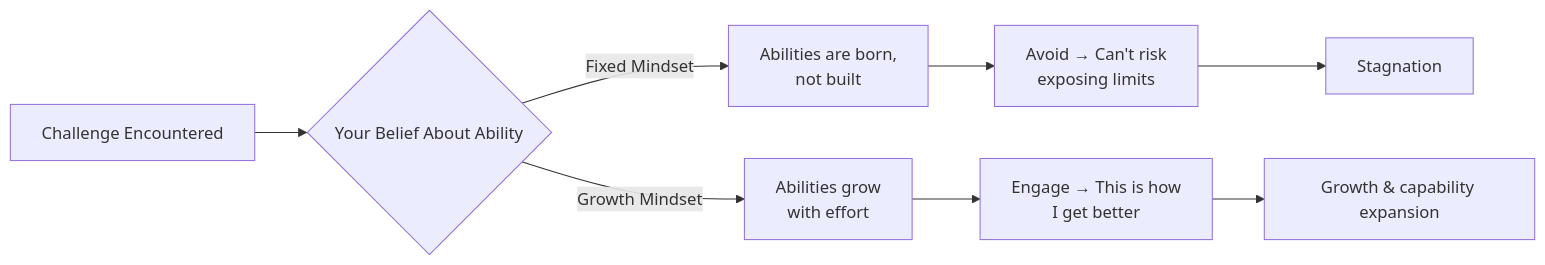
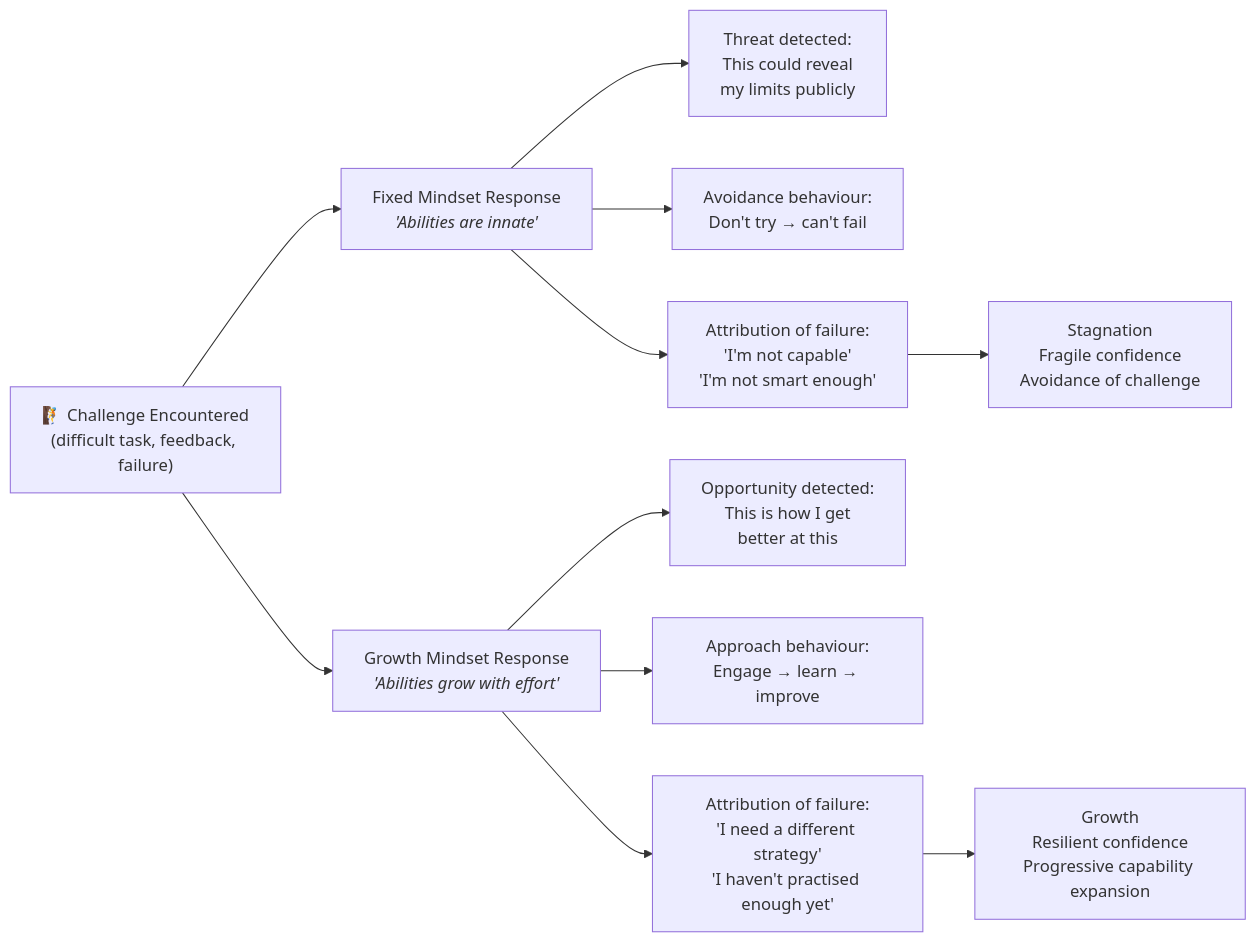
Before and after one commit to sivanagaraju/Softskills: the second of 3 diagrams in 01_Emotional_Intelligence/01_Self_Awareness/03_Developing_a_strong_sense_of_one's_selfworth_and_capabilities/01_Theory_and_Concepts.md, drawn with Mermaid. The commit also changed other lines of this file and 13 other files, not shown here.

````diff
--- a/01_Emotional_Intelligence/01_Self_Awareness/03_Developing_a_strong_sense_of_one's_selfworth_and_capabilities/01_Theory_and_Concepts.md
+++ b/01_Emotional_Intelligence/01_Self_Awareness/03_Developing_a_strong_sense_of_one's_selfworth_and_capabilities/01_Theory_and_Concepts.md
@@ -61,10 +95,18 @@
 ```mermaid
 graph LR
-    A[Challenge Encountered] --> B{Your Belief About Ability}
-    B -- Fixed Mindset --> C["Abilities are born, <br/>not built"]
-    B -- Growth Mindset --> D["Abilities grow <br/>with effort"]
-    C --> E[Avoid → Can't risk<br/>exposing limits]
-    D --> F[Engage → This is how<br/>I get better]
-    E --> G[Stagnation]
-    F --> H[Growth & capability expansion]
+    CHAL["🧗 Challenge Encountered<br/>(difficult task, feedback, failure)"]
+    
+    CHAL --> FM["Fixed Mindset Response<br/><i>'Abilities are innate'</i>"]
+    CHAL --> GM["Growth Mindset Response<br/><i>'Abilities grow with effort'</i>"]
+    
+    FM --> F1["Threat detected:<br/>This could reveal<br/>my limits publicly"]
+    FM --> F2["Avoidance behaviour:<br/>Don't try → can't fail"]
+    FM --> F3["Attribution of failure:<br/>'I'm not capable'<br/>'I'm not smart enough'"]
+    
+    GM --> G1["Opportunity detected:<br/>This is how I get<br/>better at this"]
+    GM --> G2["Approach behaviour:<br/>Engage → learn → improve"]
+    GM --> G3["Attribution of failure:<br/>'I need a different strategy'<br/>'I haven't practised enough yet'"]
+    
+    F3 --> OUT1["Stagnation<br/>Fragile confidence<br/>Avoidance of challenge"]
+    G3 --> OUT2["Growth<br/>Resilient confidence<br/>Progressive capability expansion"]
 ```
````
